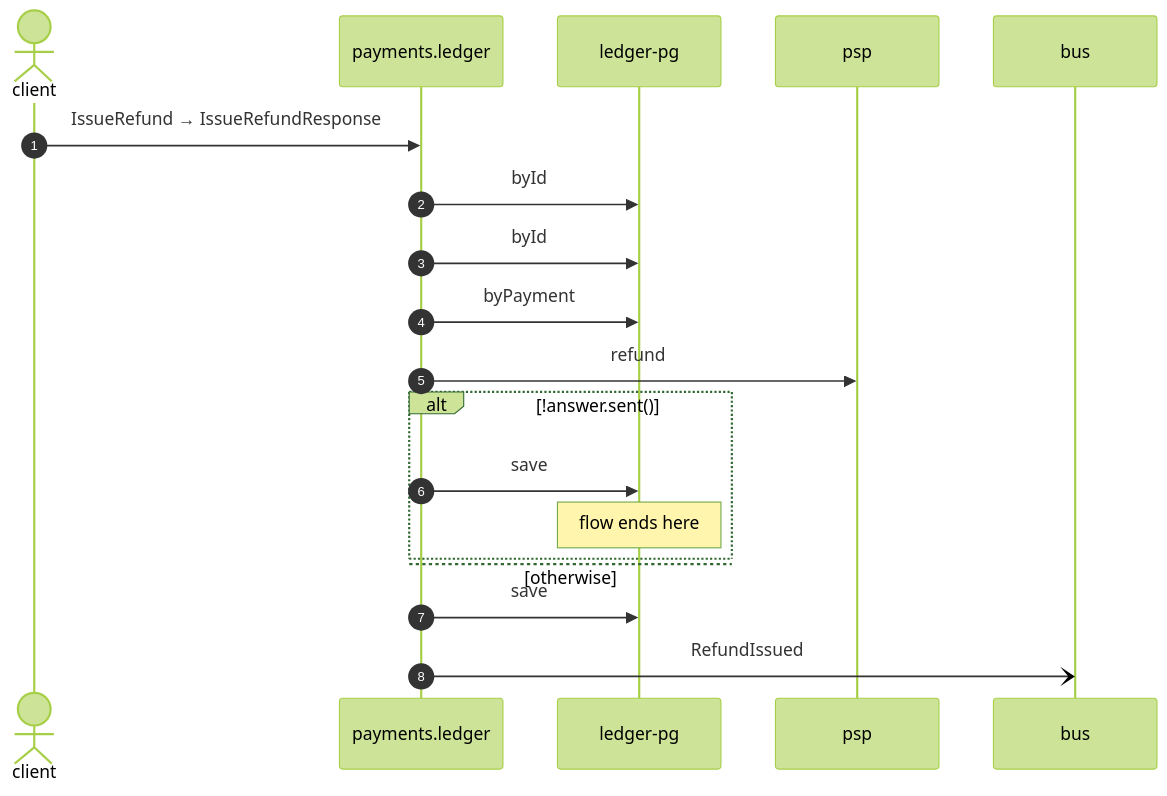
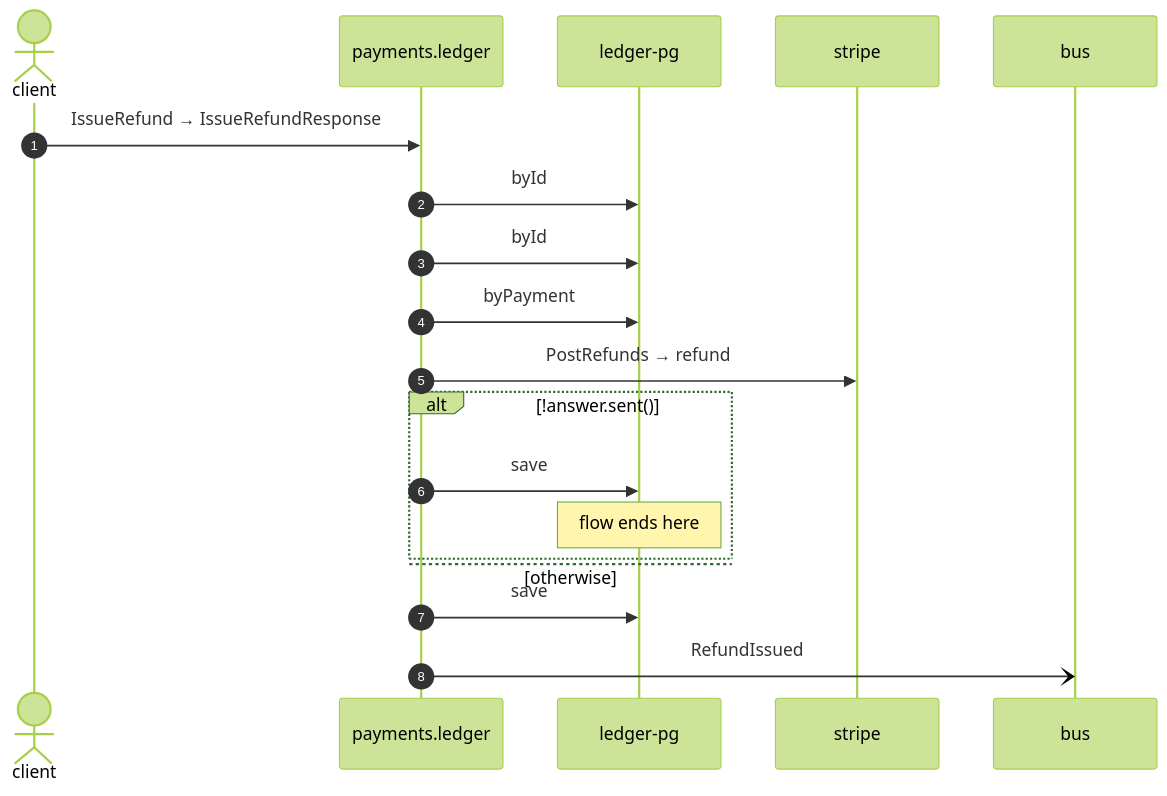
One commit to shortlink-org/portolan changed the diagram in docs/flows/ledger-issue-refund.md. Above: the diagram before and after it, drawn with Mermaid (forest theme). The commit also changed other lines of this file and 93 other files, not shown here.

````diff
--- a/docs/flows/ledger-issue-refund.md
+++ b/docs/flows/ledger-issue-refund.md
@@ -23,21 +23,21 @@
 ```mermaid
 sequenceDiagram
     autonumber
     actor p0 as client
     participant p1 as payments.ledger
     participant p2 as ledger-pg
-    participant p3 as psp
+    participant p3 as stripe
     participant p4 as bus
     p0->>p1: IssueRefund → IssueRefundResponse
     p1->>p2: byId
     p1->>p2: byId
     p1->>p2: byPayment
-    p1->>p3: refund
+    p1->>p3: PostRefunds → refund
     alt !answer.sent()
         p1->>p2: save
         Note over p2: flow ends here
     else otherwise
     end
     p1->>p2: save
     p1-)p4: RefundIssued
 ```
````
